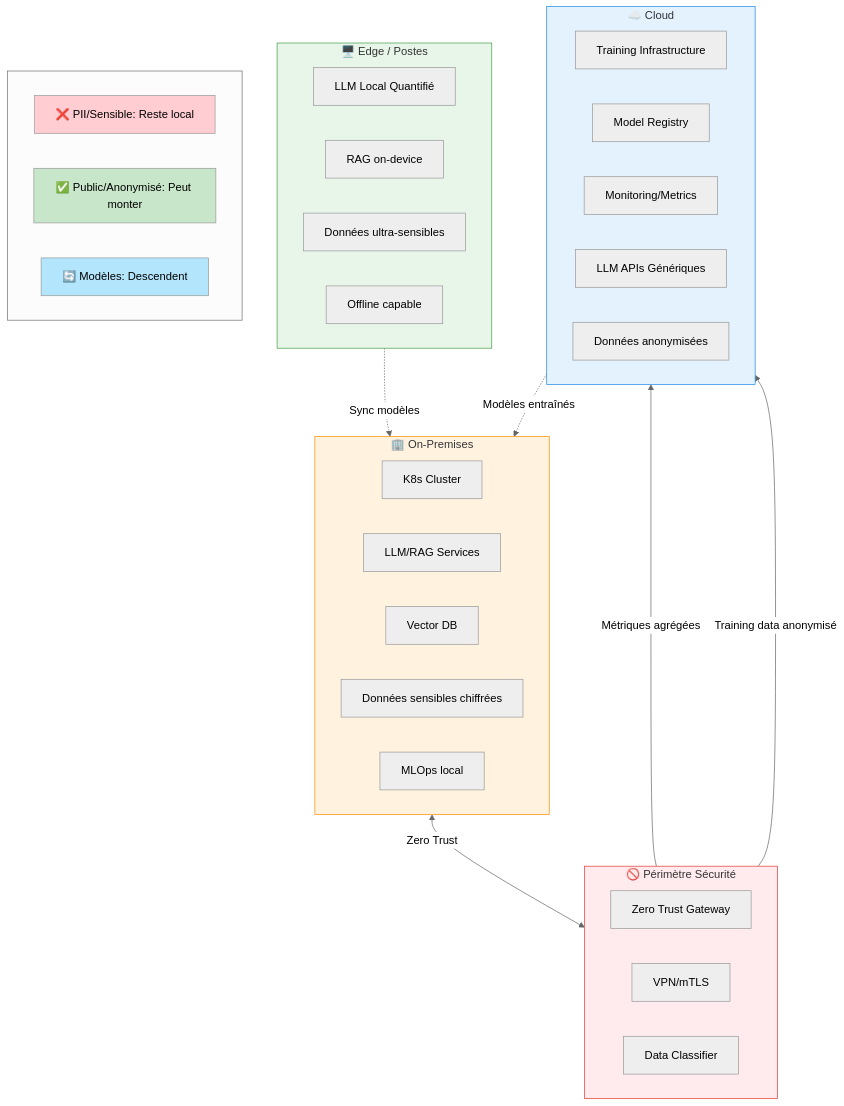
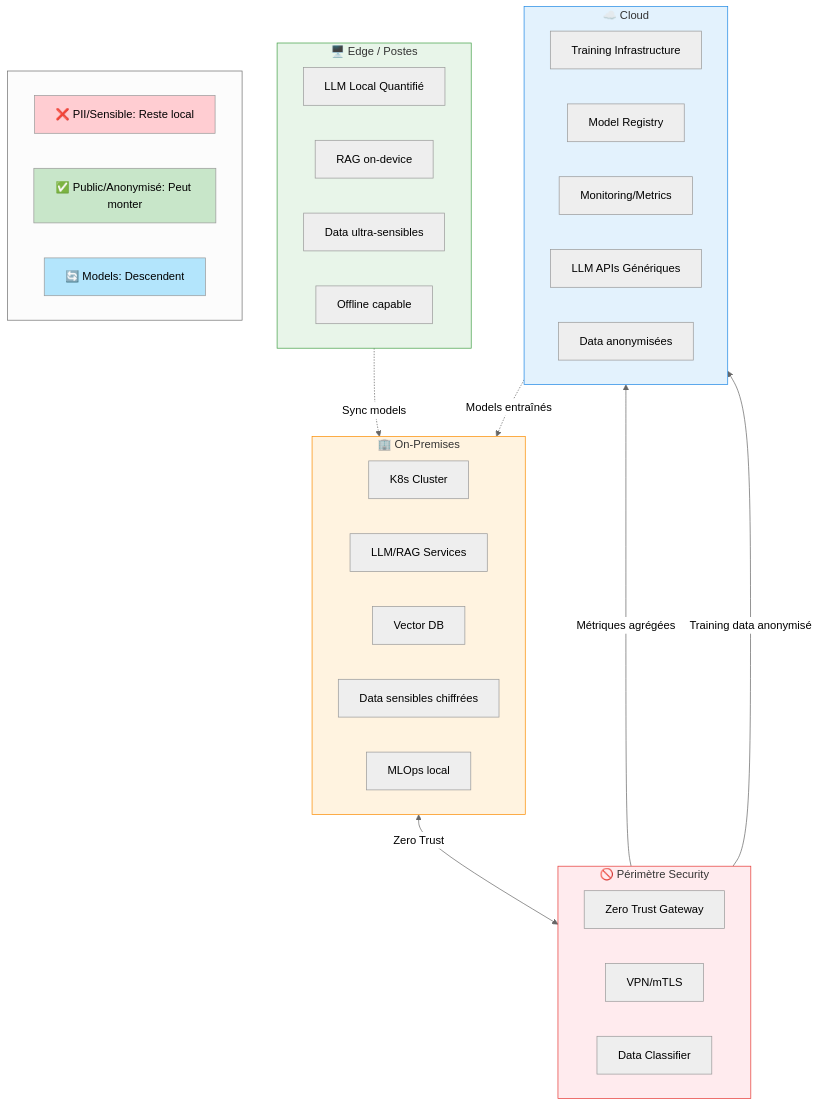
One commit to brunseba/ai-tech-watch changed the diagram in docs/infrastructure/hybrid-architecture.md. Above: the diagram before and after it, drawn with Mermaid (neutral theme). The commit also changed other lines of this file and 22 other files, not shown here.

````diff
--- a/docs/infrastructure/hybrid-architecture.md
+++ b/docs/infrastructure/hybrid-architecture.md
@@ -8,51 +8,51 @@
 ```mermaid
 graph TB
     subgraph Edge["🖥️ Edge / Postes"]
         E1[LLM Local Quantifié]
         E2[RAG on-device]
-        E3[Données ultra-sensibles]
+        E3[Data ultra-sensibles]
         E4[Offline capable]
     end
     
     subgraph OnPrem["🏢 On-Premises"]
         O1[K8s Cluster]
         O2[LLM/RAG Services]
         O3[Vector DB]
-        O4[Données sensibles chiffrées]
+        O4[Data sensibles chiffrées]
         O5[MLOps local]
     end
     
-    subgraph SecBoundary["🚫 Périmètre Sécurité"]
+    subgraph SecBoundary["🚫 Périmètre Security"]
         S1[Zero Trust Gateway]
         S2[VPN/mTLS]
         S3[Data Classifier]
     end
     
     subgraph Cloud["☁️ Cloud"]
         C1[Training Infrastructure]
         C2[Model Registry]
         C3[Monitoring/Metrics]
         C4[LLM APIs Génériques]
-        C5[Données anonymisées]
+        C5[Data anonymisées]
     end
     
-    Edge -.->|Sync modèles| OnPrem
+    Edge -.->|Sync models| OnPrem
     OnPrem <-->|Zero Trust| SecBoundary
     SecBoundary -->|Métriques agrégées| Cloud
     SecBoundary -->|Training data anonymisé| Cloud
-    Cloud -.->|Modèles entraînés| OnPrem
+    Cloud -.->|Models entraînés| OnPrem
     
     subgraph DataFlow[" "]
         DF1[❌ PII/Sensible: Reste local]
         DF2[✅ Public/Anonymisé: Peut monter]
-        DF3[🔄 Modèles: Descendent]
+        DF3[🔄 Models: Descendent]
     end
     
     style Edge fill:#e8f5e9,stroke:#43a047
     style OnPrem fill:#fff3e0,stroke:#fb8c00
     style SecBoundary fill:#ffebee,stroke:#e53935
     style Cloud fill:#e3f2fd,stroke:#1e88e5
     style DF1 fill:#ffcdd2
     style DF2 fill:#c8e6c9
     style DF3 fill:#b3e5fc
 ```
````
